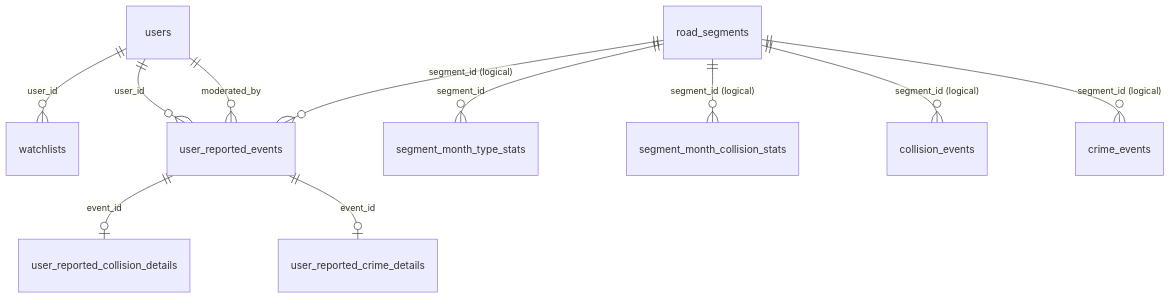
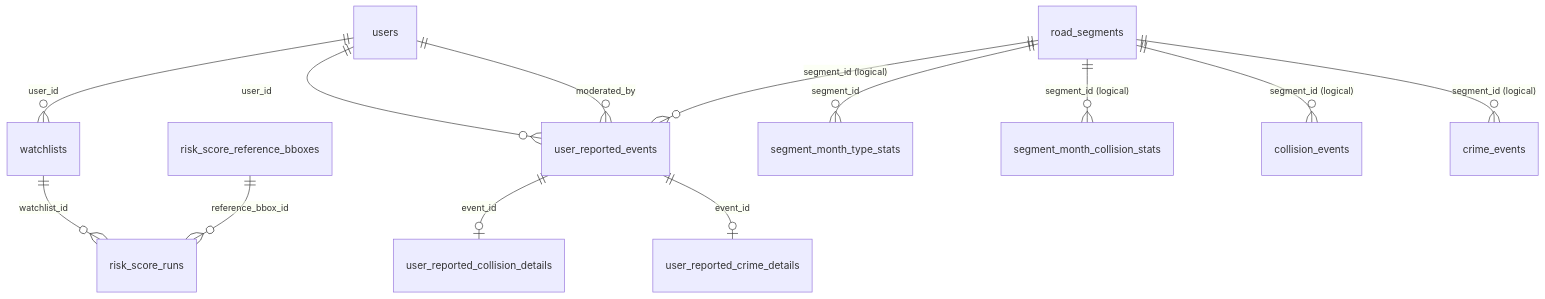
The diagram in docs/public-data-description.md (AdilAabideen/UrbanSafetyAnalyticsAPI), drawn with Mermaid before and after one commit. The commit also changed other lines of this file and 10 other files, not shown here.

````diff
--- a/docs/public-data-description.md
+++ b/docs/public-data-description.md
@@ -28,15 +30,18 @@
 ```mermaid
 erDiagram
     users ||--o{ watchlists : "user_id"
     users ||--o{ user_reported_events : "user_id"
     users ||--o{ user_reported_events : "moderated_by"
 
     user_reported_events ||--o| user_reported_collision_details : "event_id"
     user_reported_events ||--o| user_reported_crime_details : "event_id"
 
+    watchlists ||--o{ risk_score_runs : "watchlist_id"
+    risk_score_reference_bboxes ||--o{ risk_score_runs : "reference_bbox_id"
+
     road_segments ||--o{ segment_month_type_stats : "segment_id"
     road_segments ||--o{ segment_month_collision_stats : "segment_id (logical)"
     road_segments ||--o{ collision_events : "segment_id (logical)"
     road_segments ||--o{ crime_events : "segment_id (logical)"
     road_segments ||--o{ user_reported_events : "segment_id (logical)"
 ```
````
